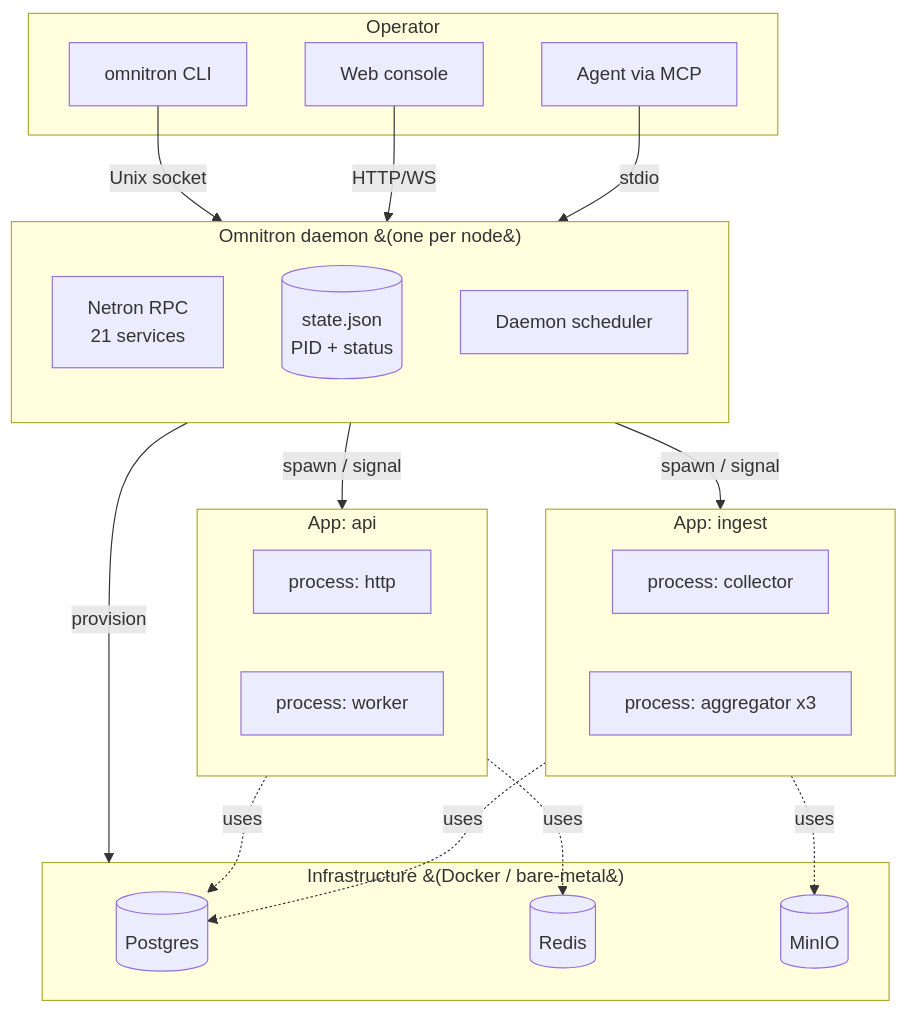
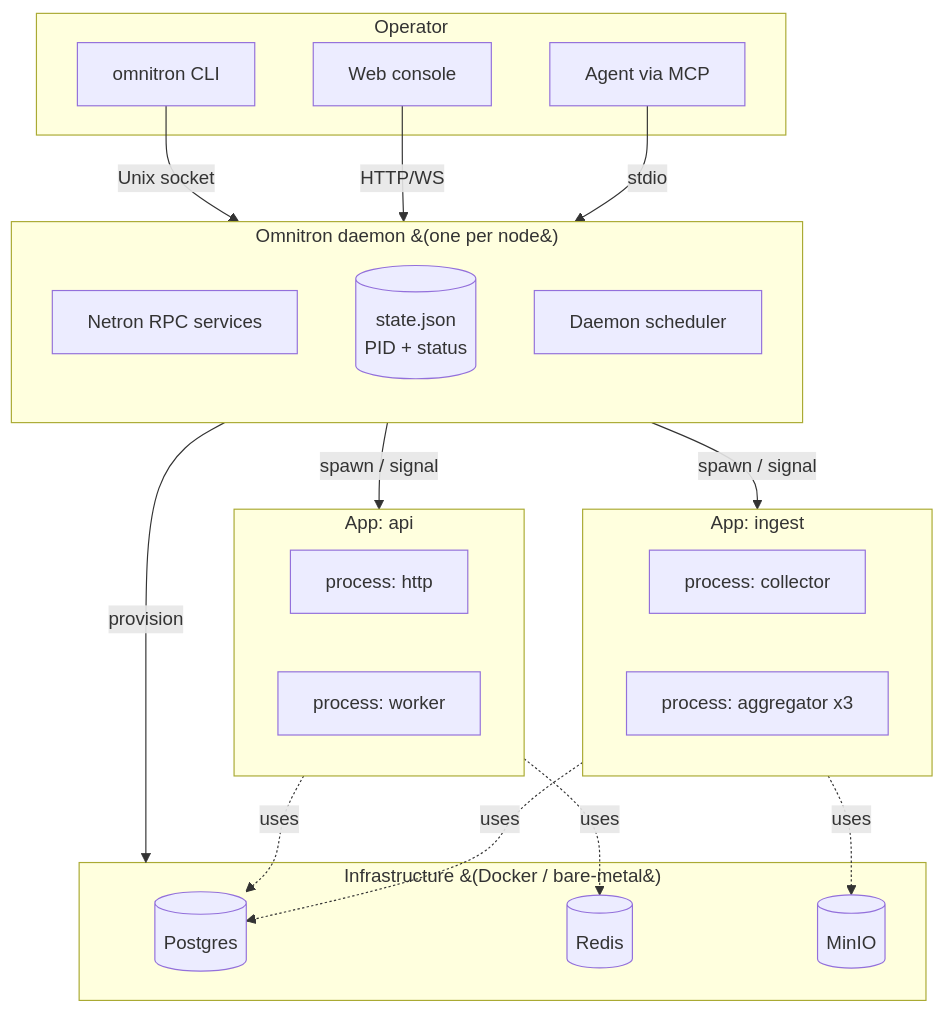
Before and after one commit to omnitron-dev/website: the first of 2 diagrams in docs/omnitron/overview.md, drawn with Mermaid. The commit also changed other lines of this file and 17 other files, not shown here.

````diff
--- a/docs/omnitron/overview.md
+++ b/docs/omnitron/overview.md
@@ -67,43 +67,43 @@
 ```mermaid
 flowchart TB
   subgraph User["Operator"]
     CLI[omnitron CLI]
     Console[Web console]
     MCP[Agent via MCP]
   end
 
   CLI -- Unix socket --> Daemon
   Console -- HTTP/WS --> Daemon
   MCP   -- stdio    --> Daemon
 
   subgraph Daemon["Omnitron daemon &#40;one per node&#41;"]
     direction TB
-    RPC[Netron RPC<br/>21 services]
+    RPC[Netron RPC services]
     State[(state.json<br/>PID + status)]
     Sched[Daemon scheduler]
   end
 
   Daemon -- spawn / signal --> AppA
   Daemon -- spawn / signal --> AppB
 
   subgraph AppA["App: api"]
     P1[process: http]
     P2[process: worker]
   end
   subgraph AppB["App: ingest"]
     P3[process: collector]
     P4[process: aggregator x3]
   end
 
   Daemon -- provision --> Infra
   subgraph Infra["Infrastructure &#40;Docker / bare-metal&#41;"]
     PG[(Postgres)]
     Redis[(Redis)]
     S3[(MinIO)]
   end
 
   AppA -. uses .-> PG
   AppA -. uses .-> Redis
   AppB -. uses .-> PG
   AppB -. uses .-> S3
 ```
````
